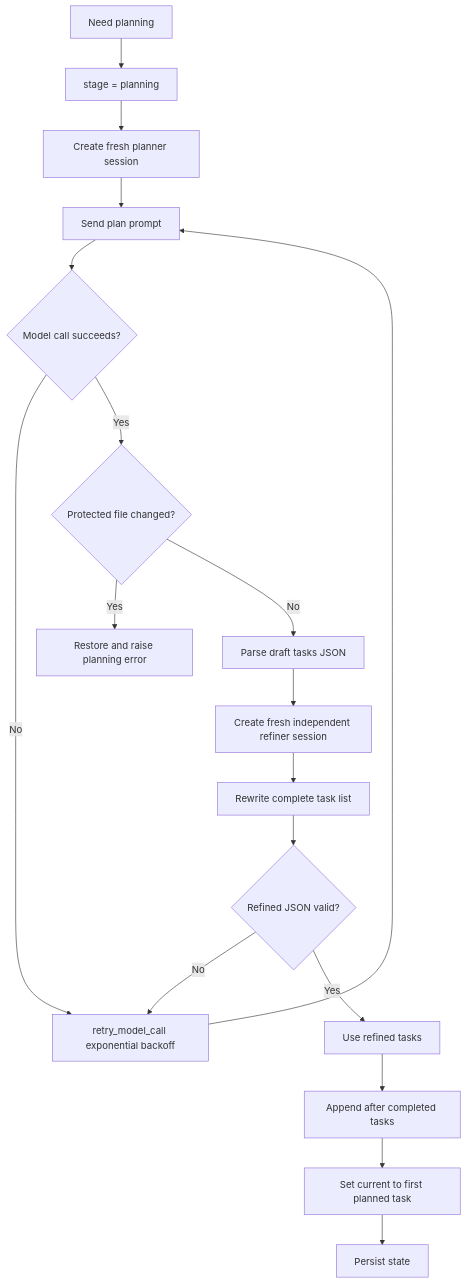
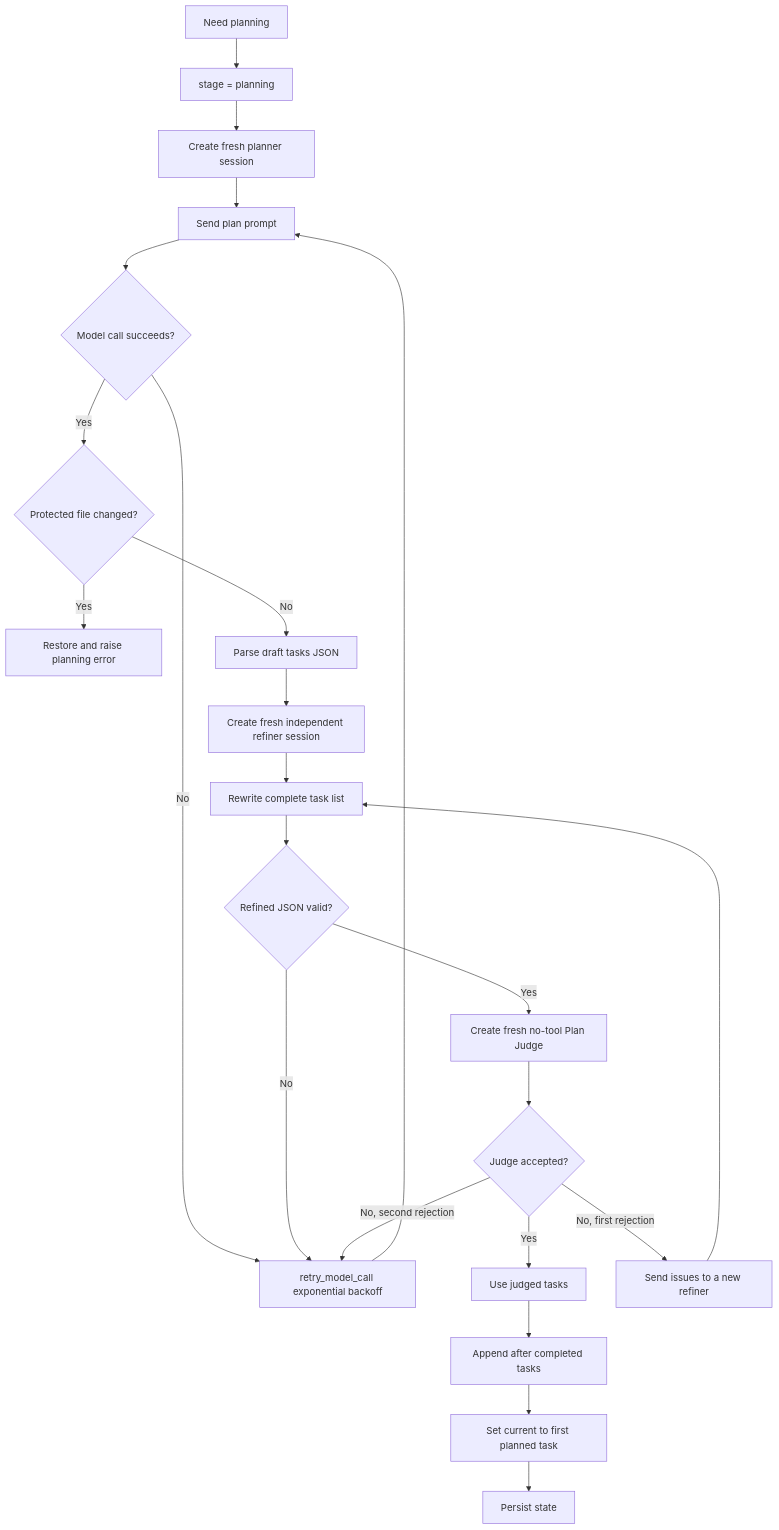
Before and after one commit to kevin840307/ai-task-runner: the fifth of 9 diagrams in docs/DESIGN.md, drawn with Mermaid. The commit also changed other lines of this file and 12 other files, not shown here.

````diff
--- a/docs/DESIGN.md
+++ b/docs/DESIGN.md
@@ -388,20 +388,25 @@
 ```mermaid
 flowchart TD
     A[Need planning] --> B[stage = planning]
     B --> C[Create fresh planner session]
     C --> D[Send plan prompt]
     D --> E{Model call succeeds?}
     E -- No --> F[retry_model_call exponential backoff]
     F --> D
     E -- Yes --> G{Protected file changed?}
     G -- Yes --> H[Restore and raise planning error]
     G -- No --> I[Parse draft tasks JSON]
     I --> J[Create fresh independent refiner session]
     J --> K[Rewrite complete task list]
     K --> L{Refined JSON valid?}
     L -- No --> F
-    L -- Yes --> M[Use refined tasks]
-    M --> N[Append after completed tasks]
-    N --> O[Set current to first planned task]
-    O --> P[Persist state]
+    L -- Yes --> M[Create fresh no-tool Plan Judge]
+    M --> N{Judge accepted?}
+    N -- Yes --> O[Use judged tasks]
+    N -- No, first rejection --> P[Send issues to a new refiner]
+    P --> K
+    N -- No, second rejection --> F
+    O --> Q[Append after completed tasks]
+    Q --> R[Set current to first planned task]
+    R --> S[Persist state]
 ```
````
